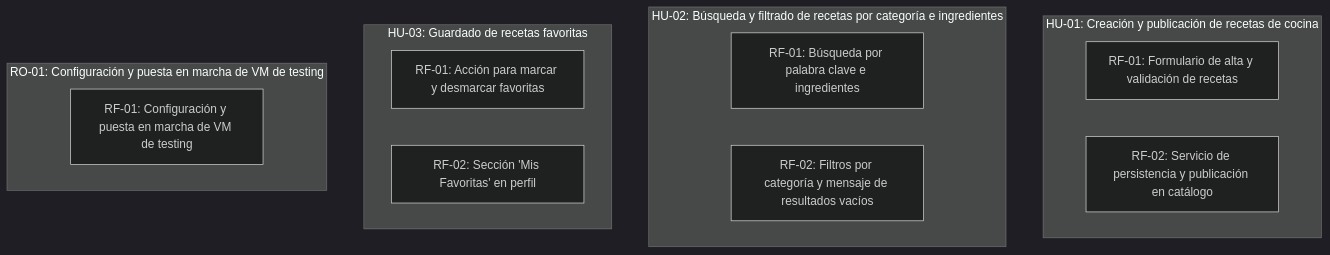
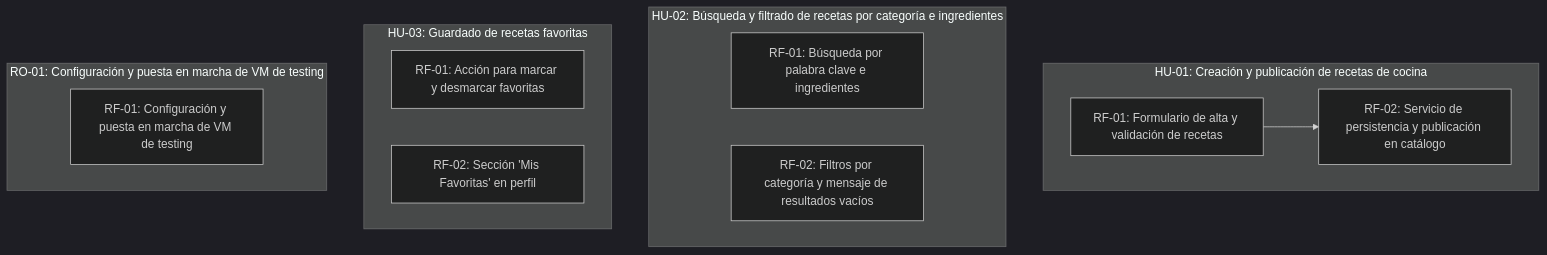
Before and after one commit to SVGiannoni/RecetasPanaRossi: the diagram in scrumDocs/grafo.md, drawn with Mermaid (dark theme). The commit also changed other lines of this file, not shown here.

````diff
--- a/scrumDocs/grafo.md
+++ b/scrumDocs/grafo.md
@@ -5,18 +5,19 @@
 ```mermaid
 graph TD
   subgraph US_1788784804716["HU-01: Creación y publicación de recetas de cocina"]
     REQ_1788785182545["RF-01: Formulario de alta y validación de recetas"]
     REQ_1788785196739["RF-02: Servicio de persistencia y publicación en catálogo"]
   end
   subgraph US_1788784817567["HU-02: Búsqueda y filtrado de recetas por categoría e ingredientes"]
     REQ_1788785446610["RF-01: Búsqueda por palabra clave e ingredientes"]
     REQ_1788785477255["RF-02: Filtros por categoría y mensaje de resultados vacíos"]
   end
   subgraph US_1788784829317["HU-03: Guardado de recetas favoritas"]
     REQ_1788785498187["RF-01: Acción para marcar y desmarcar favoritas"]
     REQ_1788785510602["RF-02: Sección 'Mis Favoritas' en perfil"]
   end
   subgraph US_1788785524805["RO-01: Configuración y puesta en marcha de VM de testing"]
     REQ_1788785524811["RF-01: Configuración y puesta en marcha de VM de testing"]
   end
+  REQ_1788785182545 --> REQ_1788785196739
 ```
````
